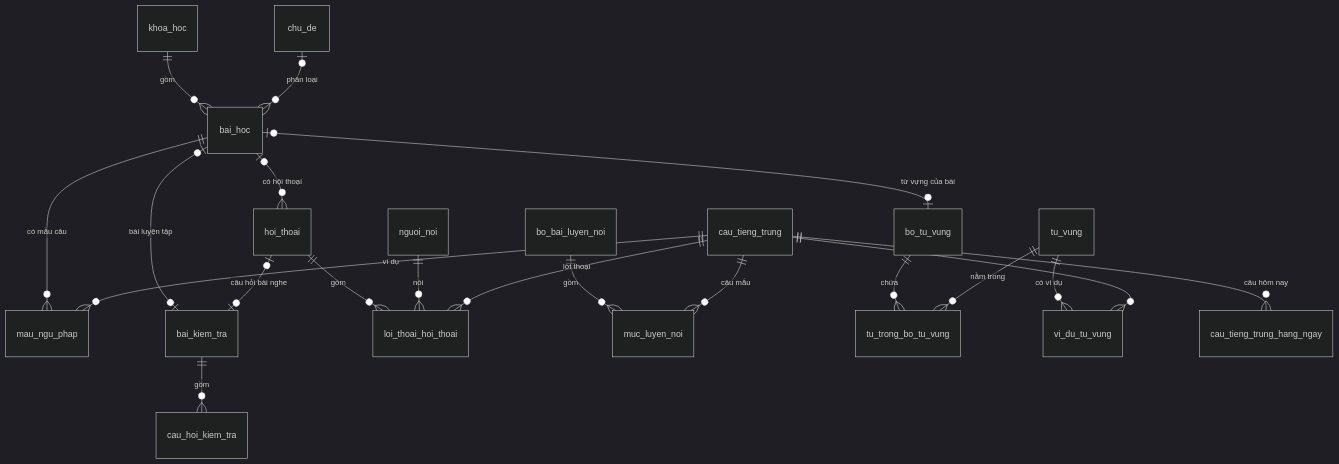
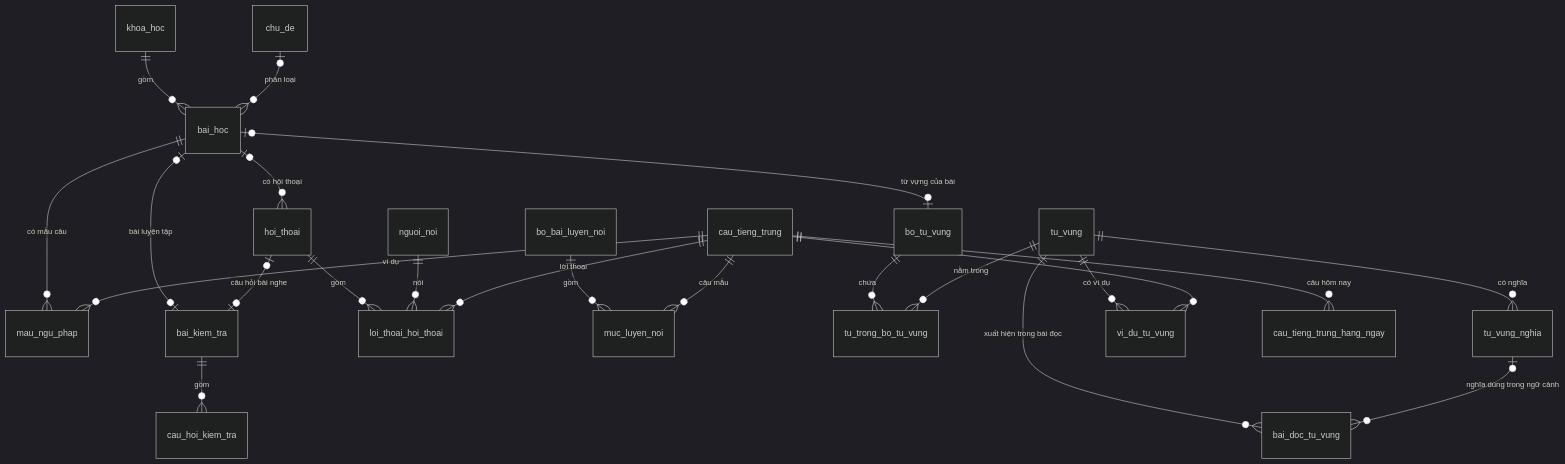
Before and after one commit to quang281097-bot/TiengTrung: the first of 2 diagrams in database/DATABASE.md, drawn with Mermaid (dark theme). The commit also changed other lines of this file and 35 other files, not shown here.

````diff
--- a/database/DATABASE.md
+++ b/database/DATABASE.md
@@ -63,22 +66,25 @@
 ```mermaid
 erDiagram
   khoa_hoc        ||--o{ bai_hoc          : "gồm"
   chu_de         |o--o{ bai_hoc          : "phân loại"
   bai_hoc        ||--o{ mau_ngu_phap : "có mẫu câu"
   bai_hoc        |o--o{ hoi_thoai        : "có hội thoại"
   bai_hoc        |o--o| bai_kiem_tra          : "bài luyện tập"
   bai_hoc        |o--o| bo_tu_vung            : "từ vựng của bài"
   hoi_thoai      ||--o{ loi_thoai_hoi_thoai   : "gồm"
   hoi_thoai      |o--o| bai_kiem_tra          : "câu hỏi bài nghe"
   nguoi_noi       ||--o{ loi_thoai_hoi_thoai   : "nói"
   bai_kiem_tra        ||--o{ cau_hoi_kiem_tra   : "gồm"
   bo_bai_luyen_noi  ||--o{ muc_luyen_noi   : "gồm"
   bo_tu_vung          ||--o{ tu_trong_bo_tu_vung       : "chứa"
   tu_vung          ||--o{ tu_trong_bo_tu_vung       : "nằm trong"
+  tu_vung          ||--o{ tu_vung_nghia : "có nghĩa"
+  tu_vung          ||--o{ bai_doc_tu_vung : "xuất hiện trong bài đọc"
+  tu_vung_nghia    |o--o{ bai_doc_tu_vung : "nghĩa dùng trong ngữ cảnh"
   tu_vung          ||--o{ vi_du_tu_vung    : "có ví dụ"
   cau_tieng_trung      ||--o{ vi_du_tu_vung    : ""
   cau_tieng_trung      ||--o{ mau_ngu_phap : "ví dụ"
   cau_tieng_trung      ||--o{ loi_thoai_hoi_thoai   : "lời thoại"
   cau_tieng_trung      ||--o{ muc_luyen_noi   : "câu mẫu"
   cau_tieng_trung      ||--o{ cau_tieng_trung_hang_ngay  : "câu hôm nay"
 ```
````
